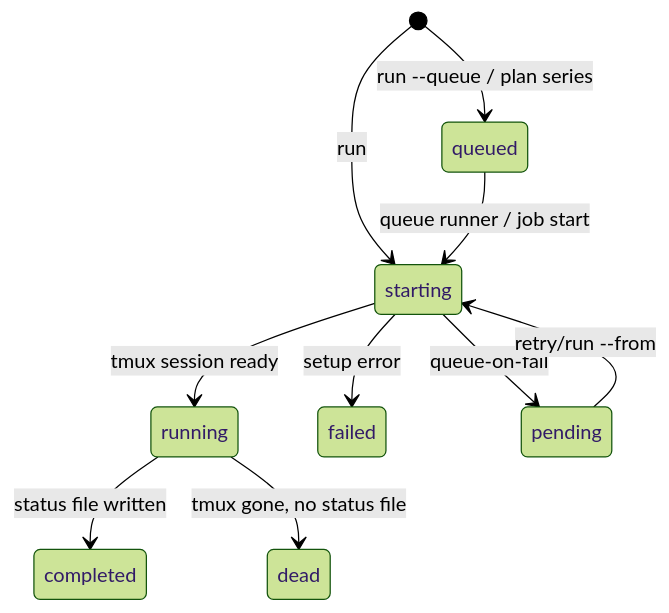
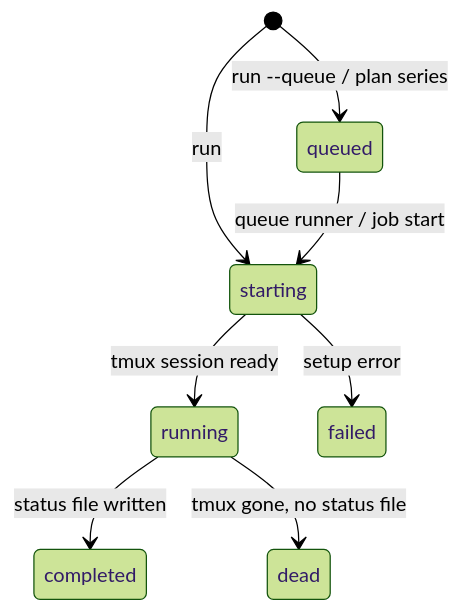
Before and after one commit to osteele/weft: the first of 2 diagrams in docs/architecture.md, drawn with Mermaid (forest theme). The commit also changed other lines of this file and 18 other files, not shown here.

````diff
--- a/docs/architecture.md
+++ b/docs/architecture.md
@@ -46,12 +46,10 @@
 ```mermaid
 stateDiagram-v2
     [*] --> queued : run --queue / plan series
     [*] --> starting : run
     queued --> starting : queue runner / job start
     starting --> running : tmux session ready
     starting --> failed : setup error
     running --> completed : status file written
     running --> dead : tmux gone, no status file
-    starting --> pending : queue-on-fail
-    pending --> starting : retry/run --from
 ```
````
